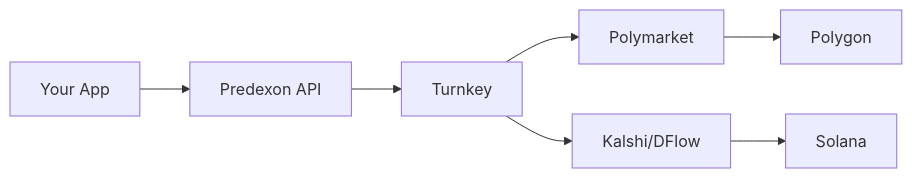
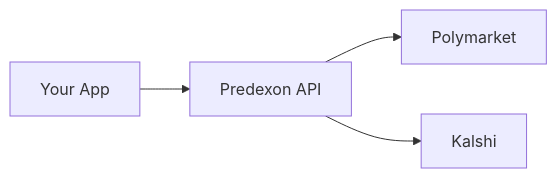
One commit to Predexon/mintlify-docs changed the diagram in concepts/custody.mdx. Above: the diagram before and after it, drawn with Mermaid. The commit also changed other lines of this file and 23 other files, not shown here.

````diff
--- a/concepts/custody.mdx
+++ b/concepts/custody.mdx
@@ -27,9 +27,6 @@
 ```mermaid
 graph LR
     A[Your App] --> B[Predexon API]
-    B --> C[Turnkey]
-    C --> D[Polymarket]
-    C --> E[Kalshi/DFlow]
-    D --> F[Polygon]
-    E --> G[Solana]
+    B --> C[Polymarket]
+    B --> D[Kalshi]
 ```
````
